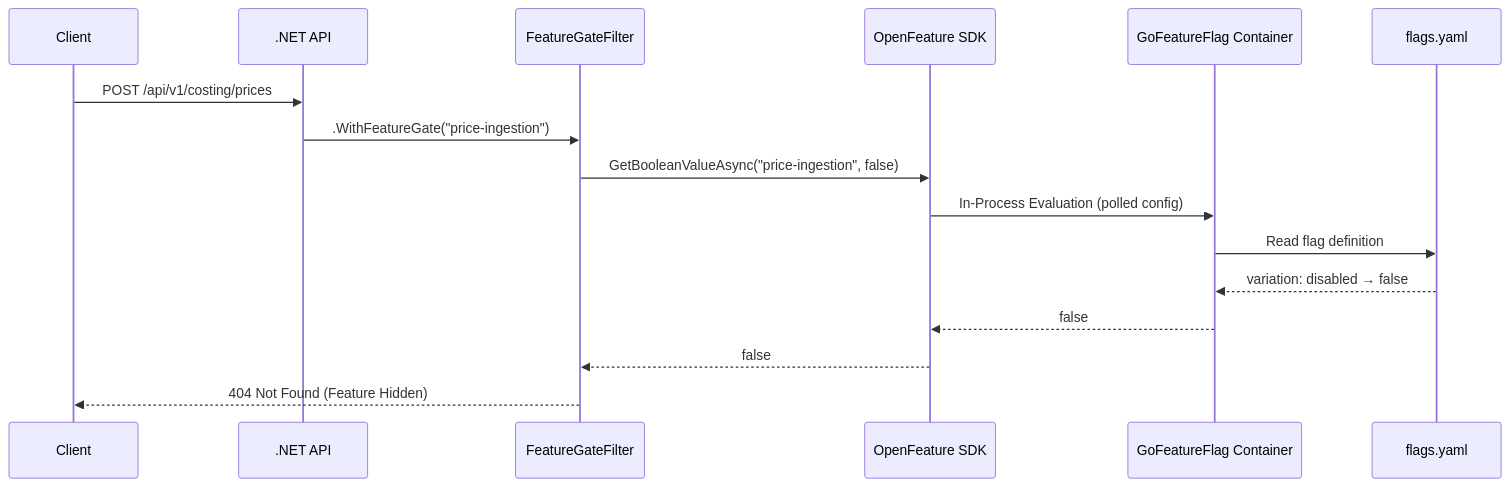
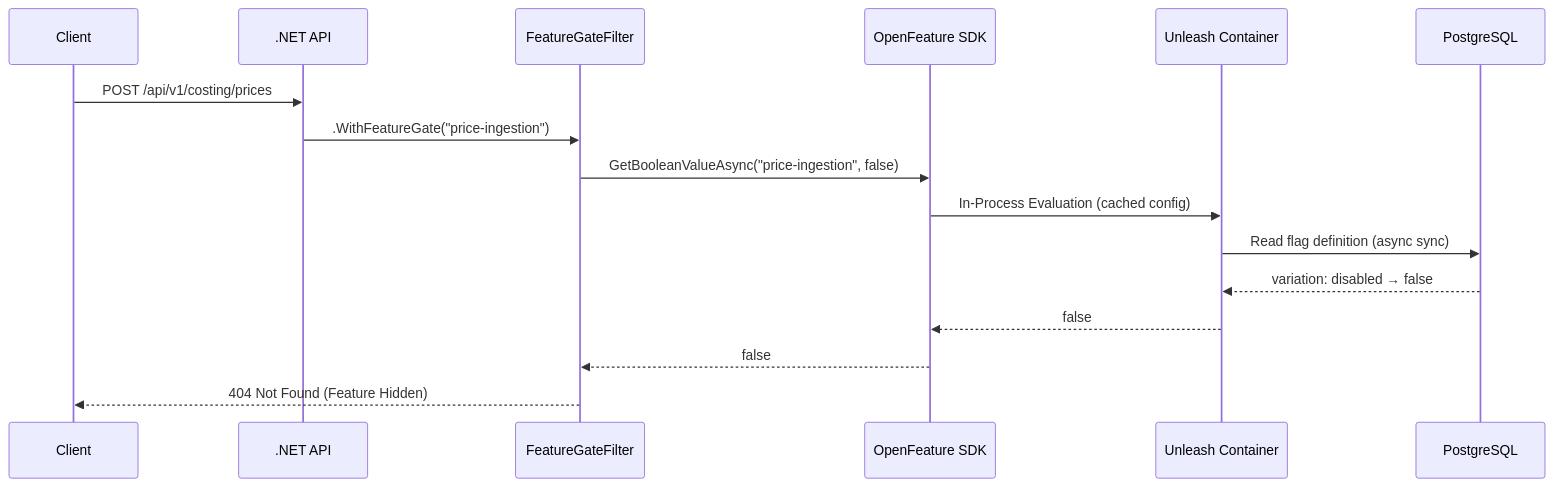
The first of 2 diagrams in docs/guides/feature-flags.md (brenoemelo/poc_feature), drawn with Mermaid before and after one commit. The commit also changed other lines of this file and 94 other files, not shown here.

First line of the commit message:
feat: migrate from GO Feature Flag to Unleash and enhance observability

````diff
--- a/docs/guides/feature-flags.md
+++ b/docs/guides/feature-flags.md
@@ -23,19 +33,19 @@
 ```mermaid
 sequenceDiagram
     participant Client
     participant API as .NET API
     participant Filter as FeatureGateFilter
     participant SDK as OpenFeature SDK
-    participant GOFF as GoFeatureFlag Container
-    participant YAML as flags.yaml
+    participant Unleash as Unleash Container
+    participant DB as PostgreSQL
 
     Client->>API: POST /api/v1/costing/prices
     API->>Filter: .WithFeatureGate("price-ingestion")
     Filter->>SDK: GetBooleanValueAsync("price-ingestion", false)
-    SDK->>GOFF: In-Process Evaluation (polled config)
-    GOFF->>YAML: Read flag definition
-    YAML-->>GOFF: variation: disabled → false
-    GOFF-->>SDK: false
+    SDK->>Unleash: In-Process Evaluation (cached config)
+    Unleash->>DB: Read flag definition (async sync)
+    DB-->>Unleash: variation: disabled → false
+    Unleash-->>SDK: false
     SDK-->>Filter: false
     Filter-->>Client: 404 Not Found (Feature Hidden)
 ```
````
